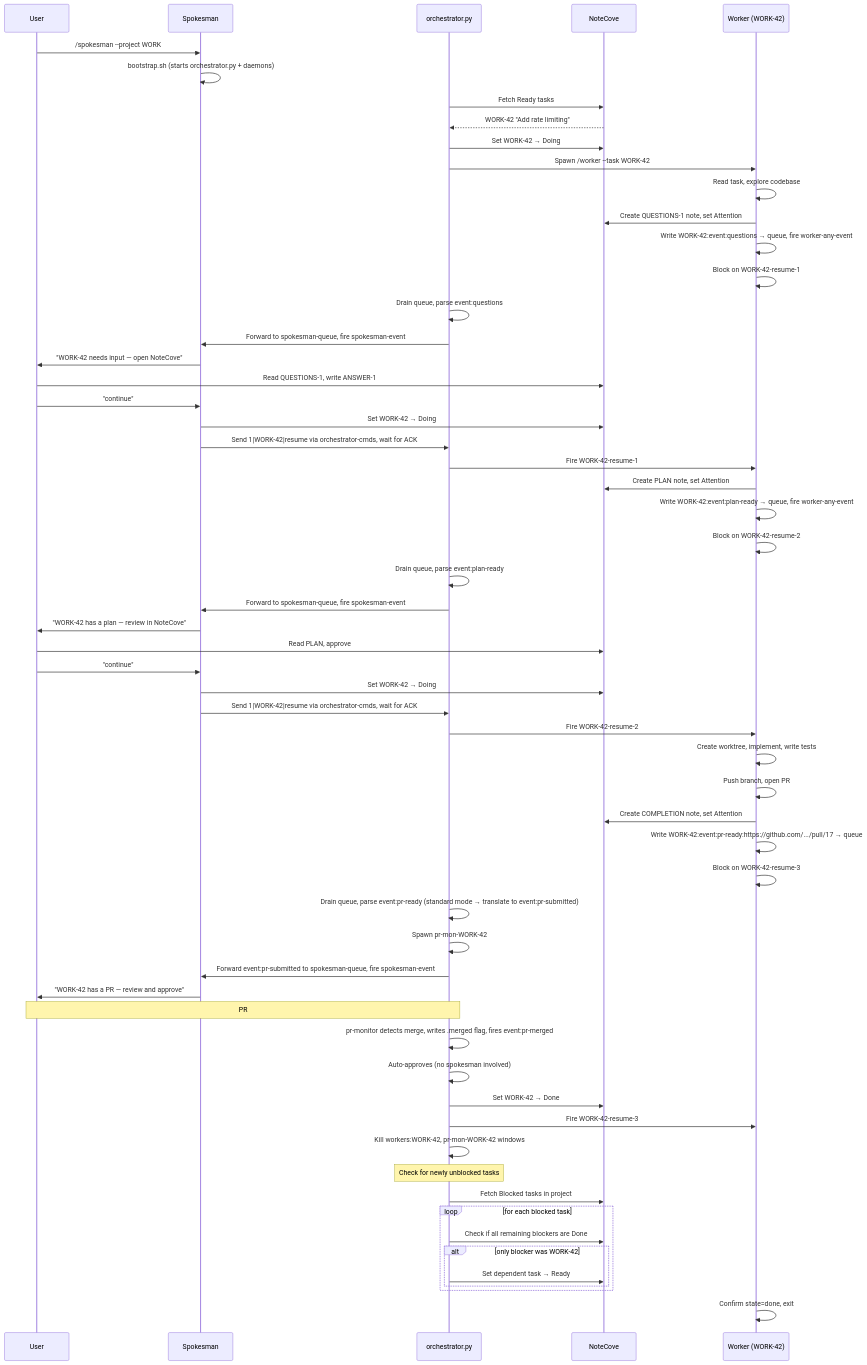
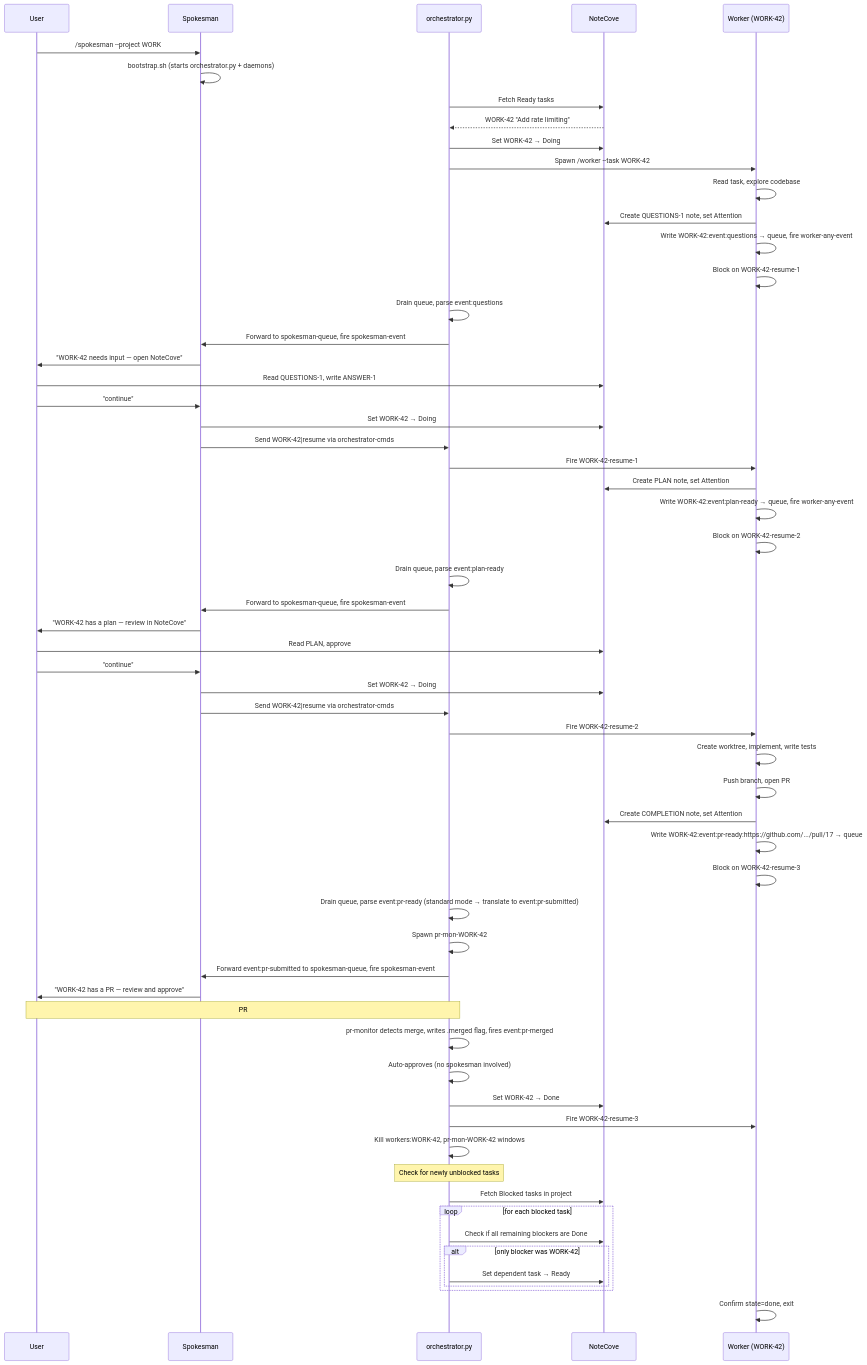
One commit to gara2000/agentmesh changed diagram 11 of 13 in docs/agentic-workflow.md. Above: the diagram before and after it, drawn with Mermaid. The commit also changed other lines of this file and 6 other files, not shown here.

First line of the commit message:
revert(spokesman): remove ACK protocol between Spokesman and orchestrator [WORK-84k]

````diff
--- a/docs/agentic-workflow.md
+++ b/docs/agentic-workflow.md
@@ -468,70 +463,70 @@
 ```mermaid
 sequenceDiagram
     participant U as User
     participant SP as Spokesman
     participant OP as orchestrator.py
     participant NC as NoteCove
     participant W as Worker (WORK-42)
 
     U->>SP: /spokesman --project WORK
     SP->>SP: bootstrap.sh (starts orchestrator.py + daemons)
     OP->>NC: Fetch Ready tasks
     NC-->>OP: WORK-42 "Add rate limiting"
     OP->>NC: Set WORK-42 → Doing
     OP->>W: Spawn /worker --task WORK-42
 
     W->>W: Read task, explore codebase
     W->>NC: Create QUESTIONS-1 note, set Attention
     W->>W: Write WORK-42:event:questions → queue, fire worker-any-event
     W->>W: Block on WORK-42-resume-1
 
     OP->>OP: Drain queue, parse event:questions
     OP->>SP: Forward to spokesman-queue, fire spokesman-event
     SP->>U: "WORK-42 needs input — open NoteCove"
     U->>NC: Read QUESTIONS-1, write ANSWER-1
     U->>SP: "continue"
     SP->>NC: Set WORK-42 → Doing
-    SP->>OP: Send 1|WORK-42|resume via orchestrator-cmds, wait for ACK
+    SP->>OP: Send WORK-42|resume via orchestrator-cmds
     OP->>W: Fire WORK-42-resume-1
 
     W->>NC: Create PLAN note, set Attention
     W->>W: Write WORK-42:event:plan-ready → queue, fire worker-any-event
     W->>W: Block on WORK-42-resume-2
 
     OP->>OP: Drain queue, parse event:plan-ready
     OP->>SP: Forward to spokesman-queue, fire spokesman-event
     SP->>U: "WORK-42 has a plan — review in NoteCove"
     U->>NC: Read PLAN, approve
     U->>SP: "continue"
     SP->>NC: Set WORK-42 → Doing
-    SP->>OP: Send 1|WORK-42|resume via orchestrator-cmds, wait for ACK
+    SP->>OP: Send WORK-42|resume via orchestrator-cmds
     OP->>W: Fire WORK-42-resume-2
 
     W->>W: Create worktree, implement, write tests
     W->>W: Push branch, open PR #17
     W->>NC: Create COMPLETION note, set Attention
     W->>W: Write WORK-42:event:pr-ready:https://github.com/.../pull/17 → queue
     W->>W: Block on WORK-42-resume-3
 
     OP->>OP: Drain queue, parse event:pr-ready (standard mode → translate to event:pr-submitted)
     OP->>OP: Spawn pr-mon-WORK-42
     OP->>SP: Forward event:pr-submitted to spokesman-queue, fire spokesman-event
     SP->>U: "WORK-42 has a PR — review and approve"
     Note over OP,U: PR #17 is merged on GitHub
     OP->>OP: pr-monitor detects merge, writes .merged flag, fires event:pr-merged
     OP->>OP: Auto-approves (no spokesman involved)
     OP->>NC: Set WORK-42 → Done
     OP->>W: Fire WORK-42-resume-3
     OP->>OP: Kill workers:WORK-42, pr-mon-WORK-42 windows
 
     Note over OP: Check for newly unblocked tasks
     OP->>NC: Fetch Blocked tasks in project
     loop for each blocked task
         OP->>NC: Check if all remaining blockers are Done
         alt only blocker was WORK-42
             OP->>NC: Set dependent task → Ready
         end
     end
 
     W->>W: Confirm state=done, exit
 ```
````
